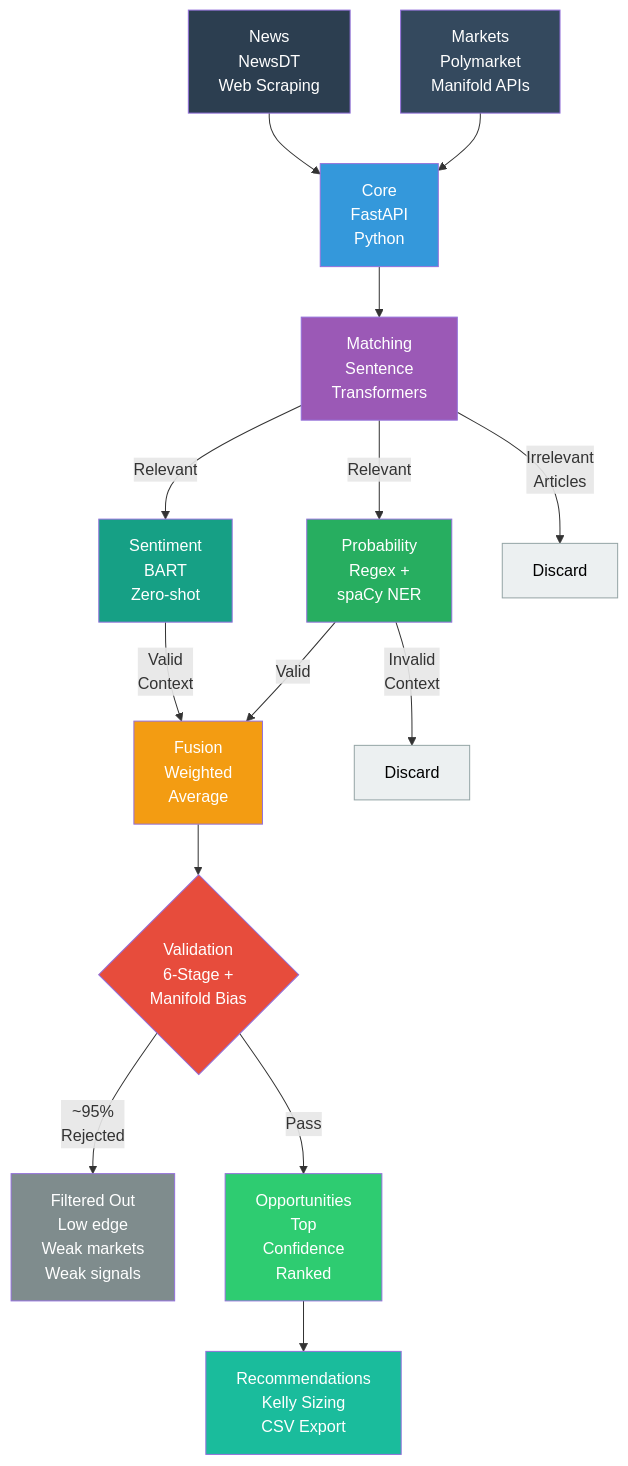
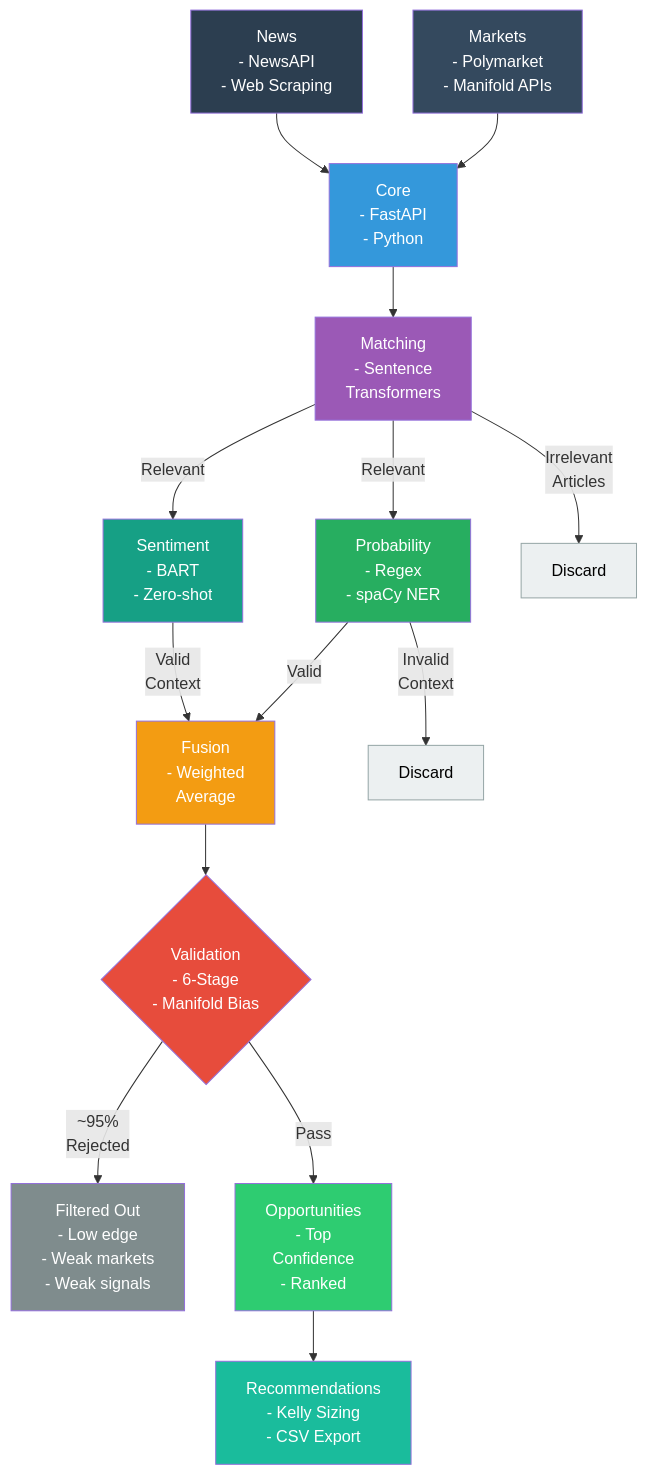
The diagram in README.md (ssahoo11742/SentinelAI), drawn with Mermaid before and after one commit.

Commit message:
Update system architecture diagram with bullet points

````diff
--- a/README.md
+++ b/README.md
@@ -51,36 +51,36 @@
 ```mermaid
 graph TD
-    A[News<br/>NewsDT<br/>Web Scraping] --> B[Core<br/>FastAPI<br/>Python]
-    C[Markets<br/>Polymarket<br/>Manifold APIs] --> B
+    A[News<br/>- NewsAPI<br/>- Web Scraping] --> B[Core<br/>- FastAPI<br/>- Python]
+    C[Markets<br/>- Polymarket<br/>- Manifold APIs] --> B
     
-    B --> D[Matching<br/>Sentence<br/>Transformers]
+    B --> D[Matching<br/>- Sentence<br/>Transformers]
     
-    D -->|Relevant| E[Sentiment<br/>BART<br/>Zero-shot]
-    D -->|Relevant| F[Probability<br/>Regex +<br/>spaCy NER]
+    D -->|Relevant| E[Sentiment<br/>- BART<br/>- Zero-shot]
+    D -->|Relevant| F[Probability<br/>- Regex<br/>- spaCy NER]
     D -->|Irrelevant<br/>Articles| G[ Discard ]
     
-    E -->|Valid<br/>Context| H[Fusion<br/>Weighted<br/>Average]
+    E -->|Valid<br/>Context| H[Fusion<br/>- Weighted<br/>Average]
     F -->|Invalid<br/>Context| I[ Discard ]
     F -->|Valid| H
     
-    H --> J{Validation<br/>6-Stage +<br/>Manifold Bias}
+    H --> J{Validation<br/>- 6-Stage<br/>- Manifold Bias}
     
-    J -->|~95%<br/>Rejected| K[Filtered Out<br/>Low edge<br/>Weak markets<br/>Weak signals]
-    J -->|Pass| L[Opportunities<br/>Top<br/>Confidence<br/>Ranked]
+    J -->|~95%<br/>Rejected| K[Filtered Out<br/>- Low edge<br/>- Weak markets<br/>- Weak signals]
+    J -->|Pass| L[Opportunities<br/>- Top<br/>Confidence<br/>- Ranked]
     
-    L --> M[Recommendations<br/>Kelly Sizing<br/>CSV Export]
+    L --> M[Recommendations<br/>- Kelly Sizing<br/>- CSV Export]
     
     style A fill:#2c3e50,color:#fff
     style C fill:#34495e,color:#fff
     style B fill:#3498db,color:#fff
     style D fill:#9b59b6,color:#fff
     style E fill:#16a085,color:#fff
     style F fill:#27ae60,color:#fff
     style G fill:#ecf0f1,stroke:#95a5a6,color:#000
     style I fill:#ecf0f1,stroke:#95a5a6, color:#000
     style H fill:#f39c12,color:#fff
     style J fill:#e74c3c,color:#fff
     style K fill:#7f8c8d,color:#fff
     style L fill:#2ecc71,color:#fff
     style M fill:#1abc9c,color:#fff
 ```
````
